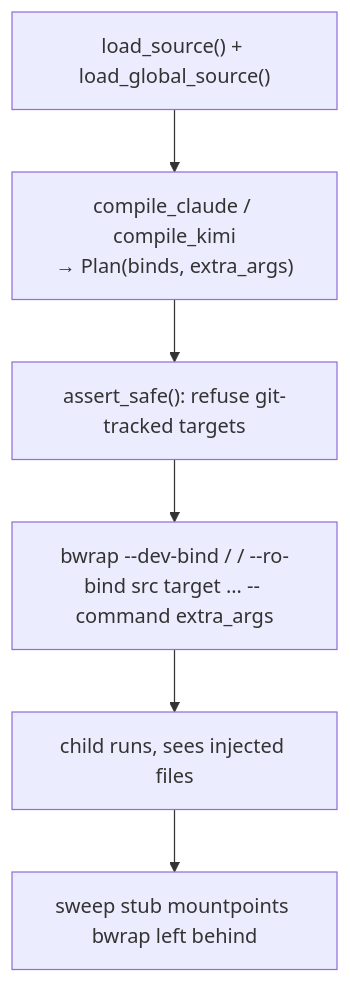
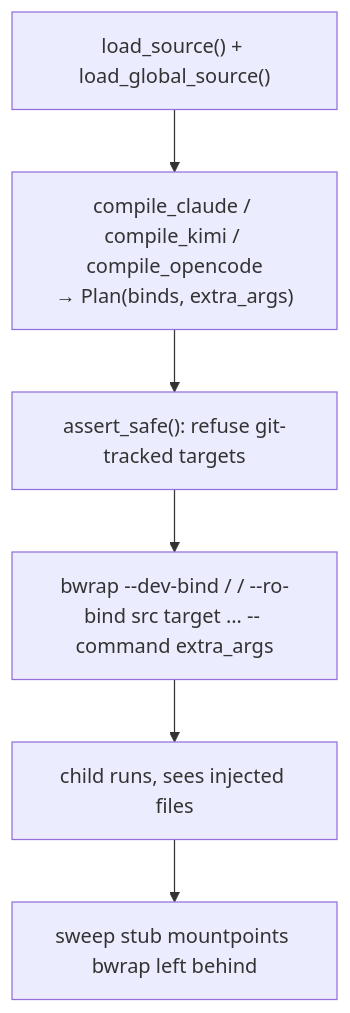
Before and after one commit to vcoeur/agedum: the diagram in docs/internals.md, drawn with Mermaid. The commit also changed other lines of this file and 11 other files, not shown here.

````diff
--- a/docs/internals.md
+++ b/docs/internals.md
@@ -15,8 +15,8 @@
 ```mermaid
 flowchart TD
-  a["load_source() + load_global_source()"] --> b["compile_claude / compile_kimi<br/>→ Plan(binds, extra_args)"]
+  a["load_source() + load_global_source()"] --> b["compile_claude / compile_kimi / compile_opencode<br/>→ Plan(binds, extra_args)"]
   b --> c["assert_safe(): refuse git-tracked targets"]
   c --> d["bwrap --dev-bind / / --ro-bind src target … -- command extra_args"]
   d --> e["child runs, sees injected files"]
   e --> f["sweep stub mountpoints bwrap left behind"]
 ```
````
